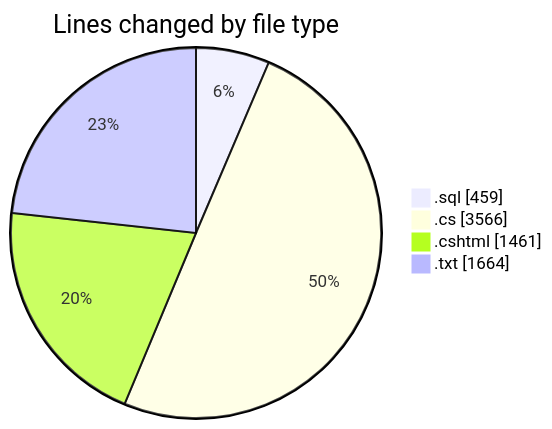
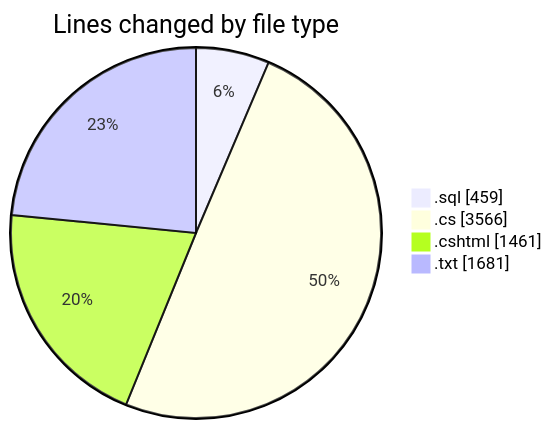
Before and after one commit to lephambinh05/code-tracking: the first of 2 diagrams in 2025-07-23/quanlyrapchieuphim/README.md, drawn with Mermaid. The commit also changed other lines of this file and 1 other file, not shown here.

````diff
--- a/2025-07-23/quanlyrapchieuphim/README.md
+++ b/2025-07-23/quanlyrapchieuphim/README.md
@@ -33,8 +33,8 @@
 ```mermaid
 pie showData
 title Lines changed by file type
 ".sql" : 459
 ".cs" : 3566
 ".cshtml" : 1461
-".txt" : 1664
+".txt" : 1681
 ```
````
